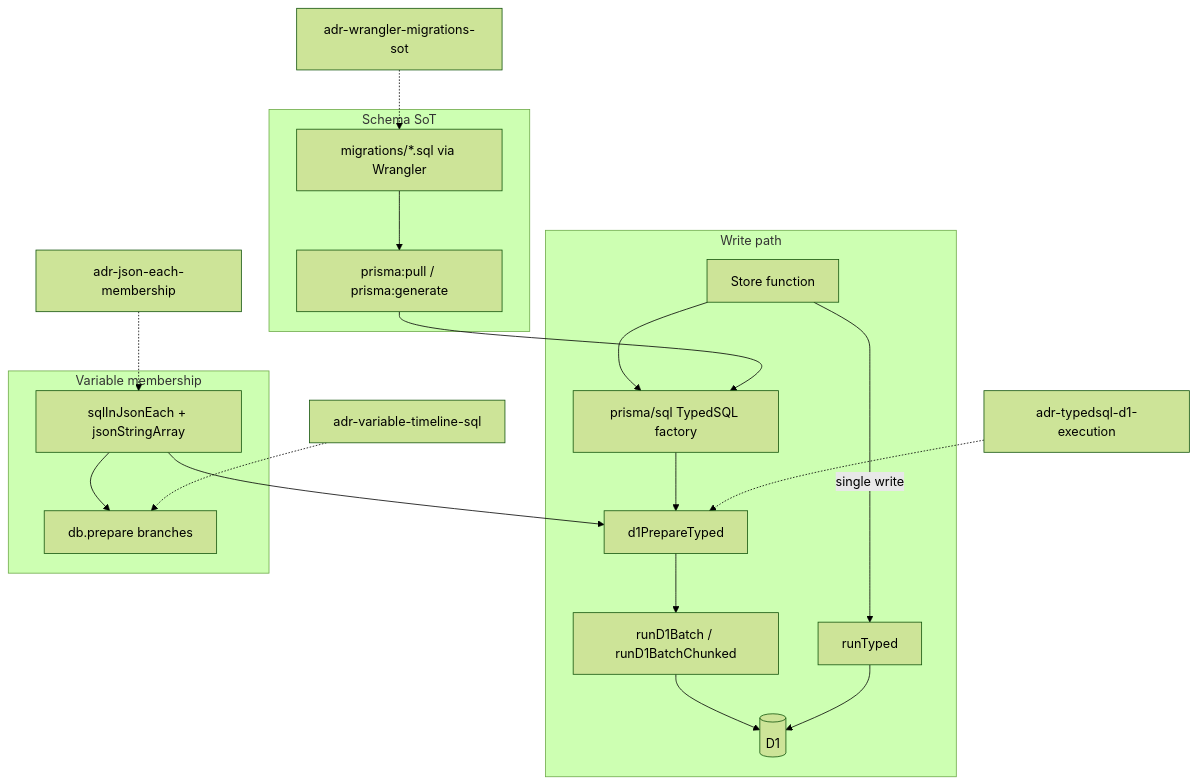
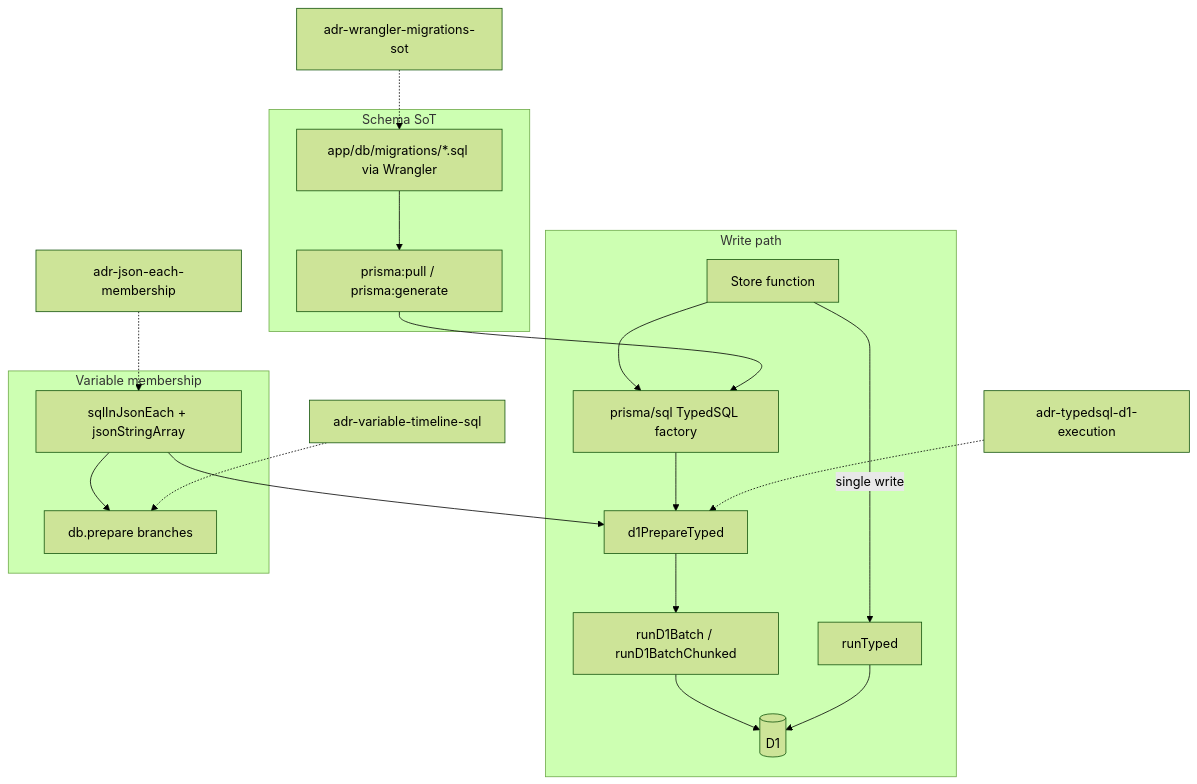
Before and after one commit to manji-0/tstodon: the first of 2 diagrams in docs/architecture/d1-write-strategy.md, drawn with Mermaid (forest theme). The commit also changed other lines of this file and 91 other files, not shown here.

````diff
--- a/docs/architecture/d1-write-strategy.md
+++ b/docs/architecture/d1-write-strategy.md
@@ -80,33 +80,33 @@
 ```mermaid
 flowchart TB
   subgraph writes [Write path]
     Store[Store function]
     Typed[prisma/sql TypedSQL factory]
     Prep[d1PrepareTyped]
     Batch[runD1Batch / runD1BatchChunked]
     D1[(D1)]
     Store --> Typed --> Prep --> Batch --> D1
     Store -->|single write| RunTyped[runTyped] --> D1
   end
 
   subgraph membership [Variable membership]
     JsonEach[sqlInJsonEach + jsonStringArray]
     JsonEach --> Prep
     JsonEach --> Prepare[db.prepare branches]
   end
 
   subgraph schema [Schema SoT]
-    Mig[migrations/*.sql via Wrangler]
+    Mig[app/db/migrations/*.sql via Wrangler]
     Pull[prisma:pull / prisma:generate]
     Mig --> Pull --> Typed
   end
 
   ADR1[adr-json-each-membership]
   ADR2[adr-typedsql-d1-execution]
   ADR3[adr-wrangler-migrations-sot]
   ADR4[adr-variable-timeline-sql]
   ADR1 -.-> JsonEach
   ADR2 -.-> Prep
   ADR3 -.-> Mig
   ADR4 -.-> Prepare
 ```
````
